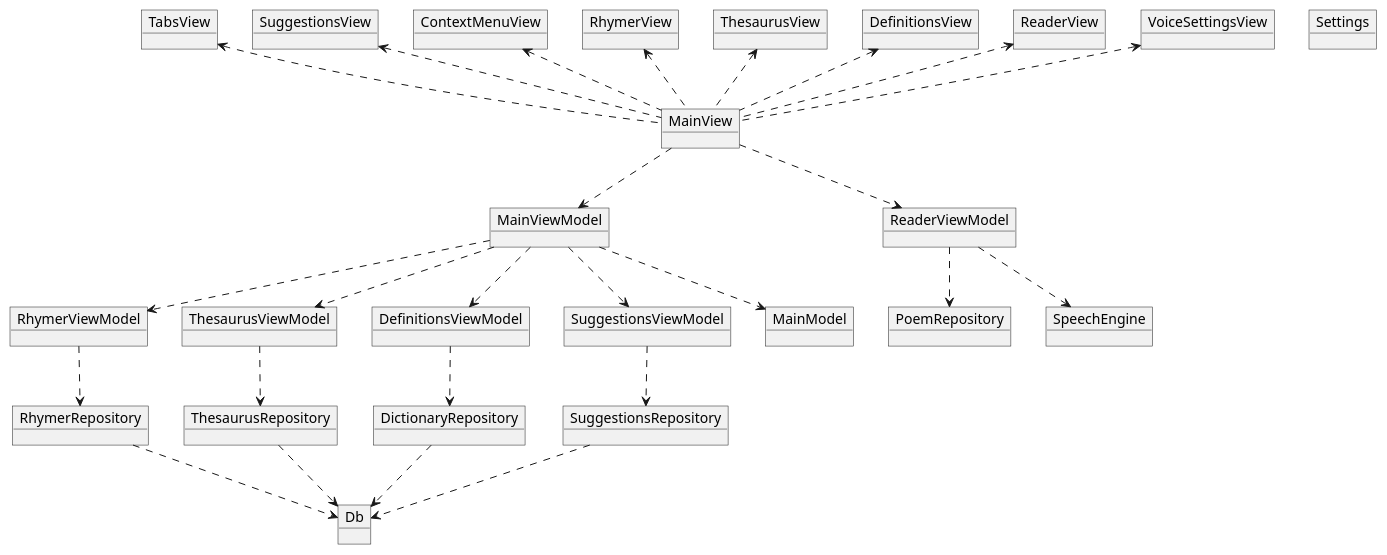
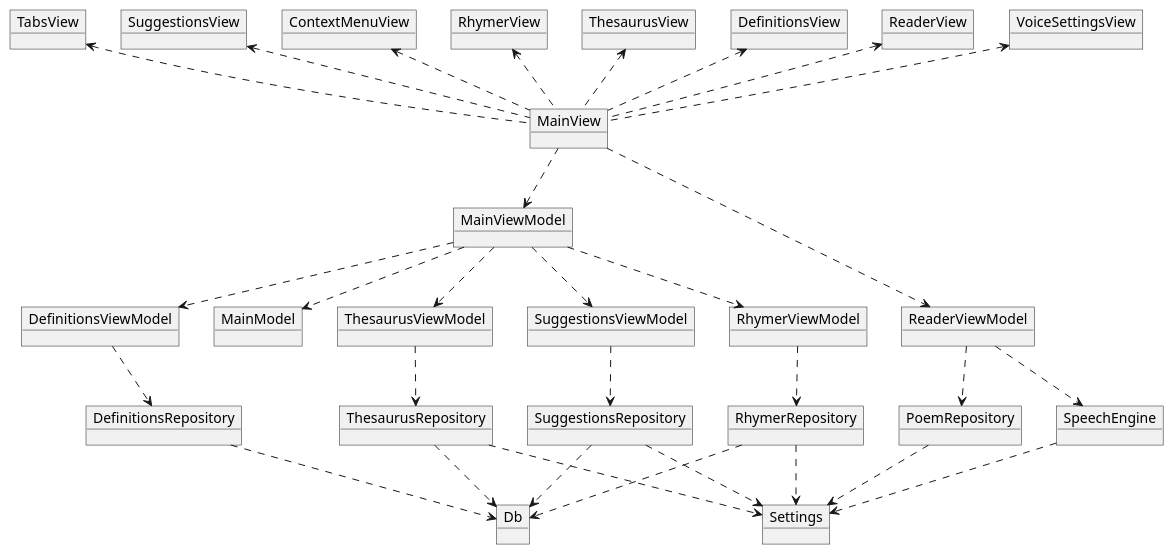
The diagram in doc/object-diagram.puml (caarmen/poet-assistant-web), drawn with PlantUML before and after one commit. The commit also changed 9 other files, not shown here.

Commit message:
Rename "dictionary" classes to "definitions" classes

```diff
--- a/doc/object-diagram.puml
+++ b/doc/object-diagram.puml
@@ -1,66 +1,66 @@
 @startuml
 object TabsView
 object SuggestionsView
 object ContextMenuView
 object RhymerView
 object ThesaurusView
 object DefinitionsView
 object ReaderView
 object VoiceSettingsView
 object MainView
 
 object MainViewModel
 object RhymerViewModel
 object ThesaurusViewModel
 object DefinitionsViewModel
 object ReaderViewModel
 object SuggestionsViewModel
 
 object MainModel
 object RhymerRepository
 object ThesaurusRepository
-object DictionaryRepository
+object DefinitionsRepository
 object PoemRepository
 object SuggestionsRepository
 object SpeechEngine
 
 
 object Db
 object Settings
 
 TabsView <.. MainView
 ContextMenuView <.. MainView
 RhymerView <.. MainView
 ThesaurusView <.. MainView
 DefinitionsView <.. MainView
 ReaderView <.. MainView
 VoiceSettingsView <.. MainView
 SuggestionsView <.. MainView
 MainView ..> MainViewModel
 MainView ..> ReaderViewModel
 
 MainViewModel ..> MainModel
 MainViewModel ..> RhymerViewModel
 MainViewModel ..> ThesaurusViewModel
 MainViewModel ..> DefinitionsViewModel
 MainViewModel ..> SuggestionsViewModel
 
 RhymerViewModel ..> RhymerRepository
 ThesaurusViewModel ..> ThesaurusRepository 
-DefinitionsViewModel ..> DictionaryRepository
+DefinitionsViewModel ..> DefinitionsRepository
 ReaderViewModel ..> PoemRepository
 ReaderViewModel ..> SpeechEngine
 SuggestionsViewModel ..> SuggestionsRepository
 
 
 RhymerRepository ..> Db
 ThesaurusRepository ..> Db
-DictionaryRepository ..> Db
+DefinitionsRepository ..> Db
 SuggestionsRepository ..> Db
-'RhymerRepository ..> Settings
-'ThesaurusRepository ..> Settings
-'PoemRepository ..> Settings
-'SuggestionsRepository ..> Settings
-'SpeechEngine ..> Settings
+RhymerRepository ..> Settings
+ThesaurusRepository ..> Settings
+PoemRepository ..> Settings
+SuggestionsRepository ..> Settings
+SpeechEngine ..> Settings
 
 @enduml
```
